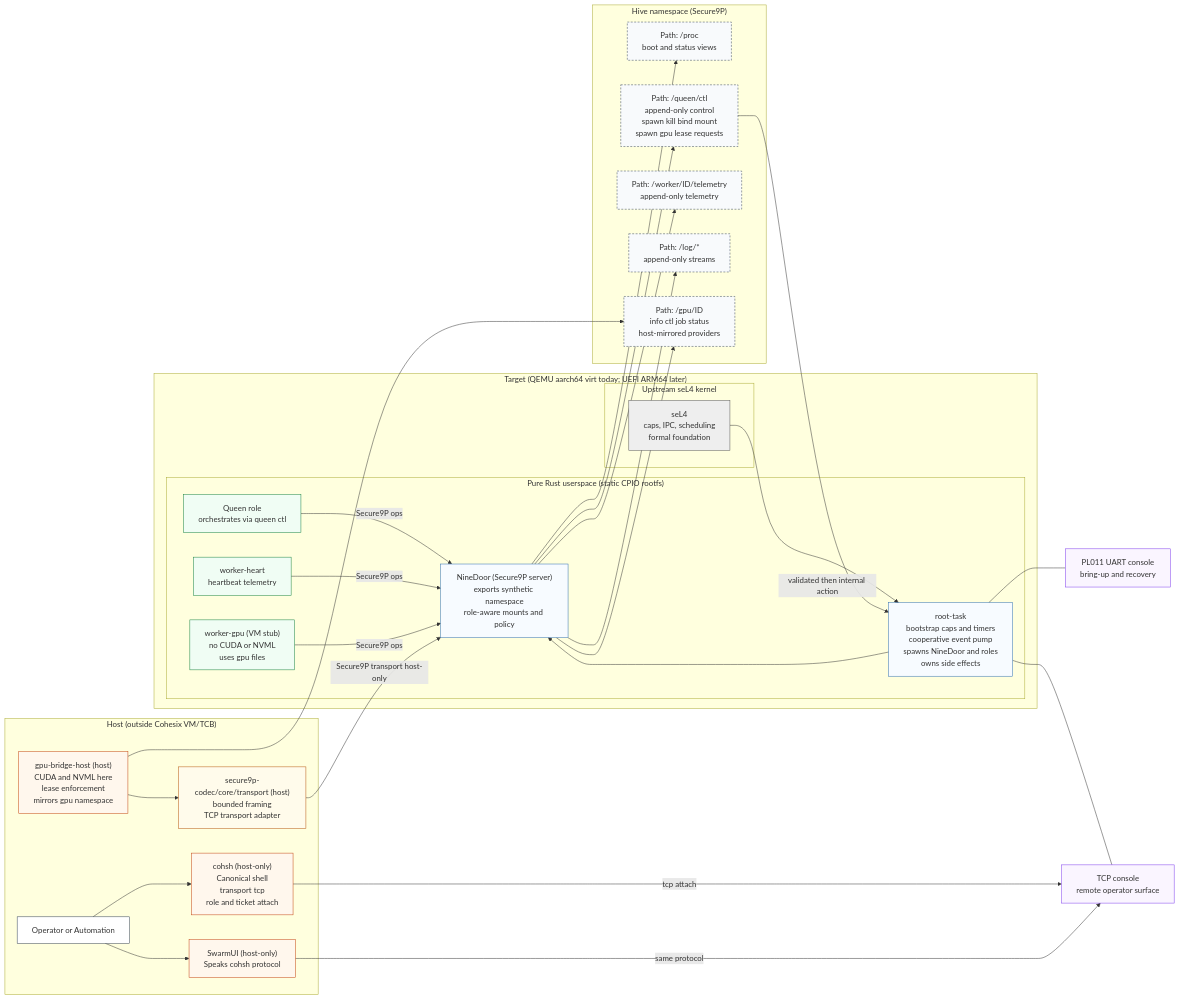
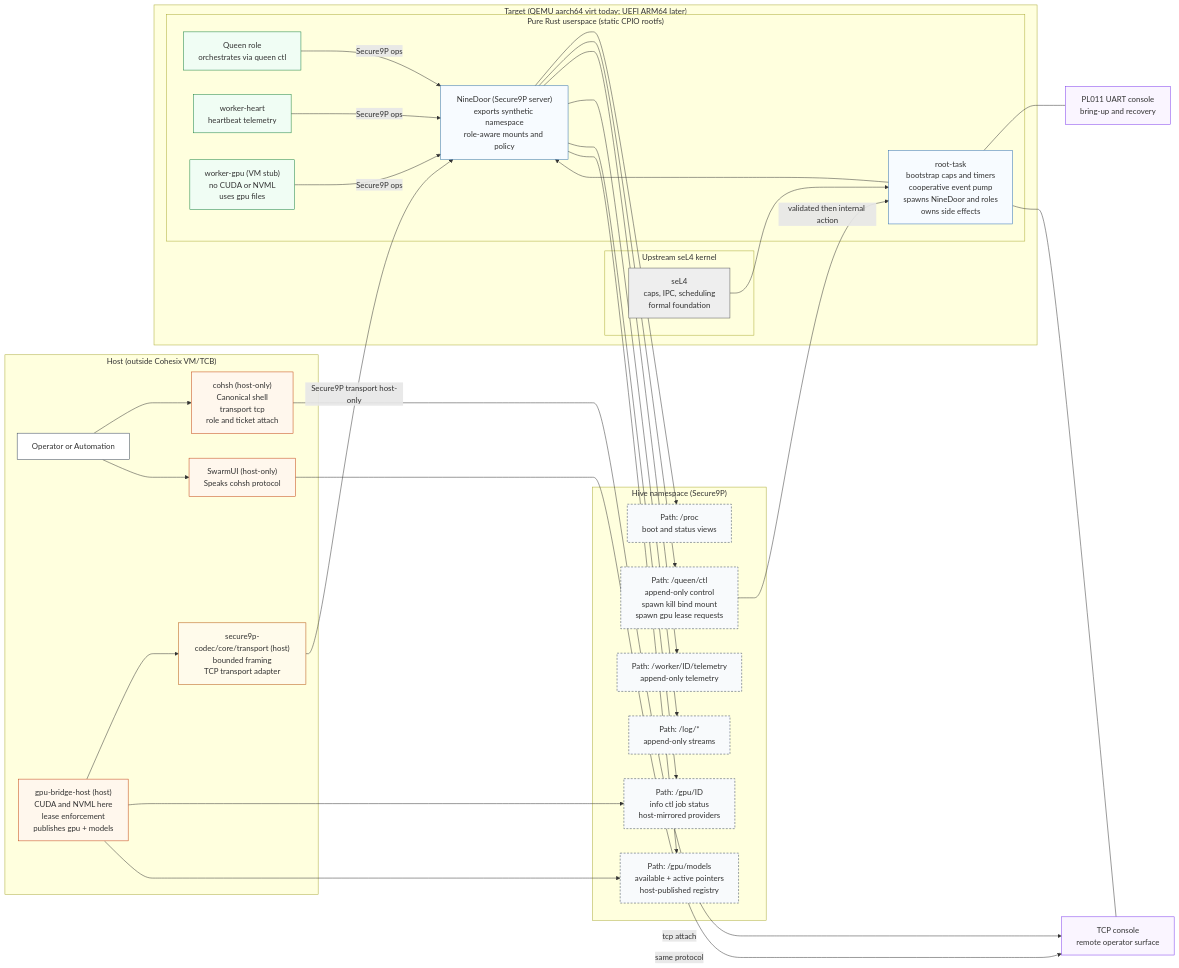
Before and after one commit to lukeb-aidev/cohesix: the diagram in README.md, drawn with Mermaid. The commit also changed other lines of this file, not shown here.

````diff
--- a/README.md
+++ b/README.md
@@ -112,72 +112,75 @@
 ```mermaid
 flowchart LR
 
   subgraph HOST["Host (outside Cohesix VM/TCB)"]
     OP["Operator or Automation"]:::ext
     COHSH["cohsh (host-only)<br/>Canonical shell<br/>transport tcp<br/>role and ticket attach"]:::hosttool
     GUI["SwarmUI (host-only)<br/>Speaks cohsh protocol"]:::hosttool
     WIRE["secure9p-codec/core/transport (host)<br/>bounded framing<br/>TCP transport adapter"]:::hostlib
-    GPUB["gpu-bridge-host (host)<br/>CUDA and NVML here<br/>lease enforcement<br/>mirrors gpu namespace"]:::hosttool
+    GPUB["gpu-bridge-host (host)<br/>CUDA and NVML here<br/>lease enforcement<br/>publishes gpu + models"]:::hosttool
   end
 
   subgraph TARGET["Target (QEMU aarch64 virt today; UEFI ARM64 later)"]
     subgraph K["Upstream seL4 kernel"]
       SEL4["seL4<br/>caps, IPC, scheduling<br/>formal foundation"]:::kernel
     end
 
     subgraph USER["Pure Rust userspace (static CPIO rootfs)"]
       RT["root-task<br/>bootstrap caps and timers<br/>cooperative event pump<br/>spawns NineDoor and roles<br/>owns side effects"]:::vm
       ND["NineDoor (Secure9P server)<br/>exports synthetic namespace<br/>role-aware mounts and policy"]:::vm
 
       Q["Queen role<br/>orchestrates via queen ctl"]:::role
       WH["worker-heart<br/>heartbeat telemetry"]:::role
       WG["worker-gpu (VM stub)<br/>no CUDA or NVML<br/>uses gpu files"]:::role
     end
   end
 
   UART["PL011 UART console<br/>bring-up and recovery"]:::console
   TCP["TCP console<br/>remote operator surface"]:::console
 
   subgraph NS["Hive namespace (Secure9P)"]
     PROC["Path: /proc<br/>boot and status views"]:::path
     QUEENCTL["Path: /queen/ctl<br/>append-only control<br/>spawn kill bind mount<br/>spawn gpu lease requests"]:::path
     WORKTEL["Path: /worker/ID/telemetry<br/>append-only telemetry"]:::path
     LOGS["Path: /log/*<br/>append-only streams"]:::path
     GPUFS["Path: /gpu/ID<br/>info ctl job status<br/>host-mirrored providers"]:::path
+    GPUMODELS["Path: /gpu/models<br/>available + active pointers<br/>host-published registry"]:::path
   end
 
   SEL4 --> RT
   RT --> ND
   RT --- UART
   RT --- TCP
 
   OP --> COHSH
   OP --> GUI
   COHSH -->|tcp attach| TCP
   GUI -->|same protocol| TCP
 
   ND --> PROC
   ND --> QUEENCTL
   ND --> WORKTEL
   ND --> LOGS
   ND --> GPUFS
+  ND --> GPUMODELS
 
   Q -->|Secure9P ops| ND
   WH -->|Secure9P ops| ND
   WG -->|Secure9P ops| ND
 
   QUEENCTL -->|validated then internal action| RT
 
   GPUB --> WIRE
   WIRE -->|Secure9P transport host-only| ND
   GPUB --> GPUFS
+  GPUB --> GPUMODELS
 
   classDef kernel fill:#eeeeee,stroke:#555555,stroke-width:1px;
   classDef vm fill:#f7fbff,stroke:#2b6cb0,stroke-width:1px;
   classDef role fill:#f0fdf4,stroke:#15803d,stroke-width:1px;
   classDef console fill:#faf5ff,stroke:#7c3aed,stroke-width:1px;
   classDef path fill:#f8fafc,stroke:#334155,stroke-dasharray: 4 3;
   classDef hosttool fill:#fff7ed,stroke:#c2410c,stroke-width:1px;
   classDef hostlib fill:#fffbeb,stroke:#b45309,stroke-width:1px;
   classDef ext fill:#ffffff,stroke:#334155,stroke-width:1px;
 ```
````
